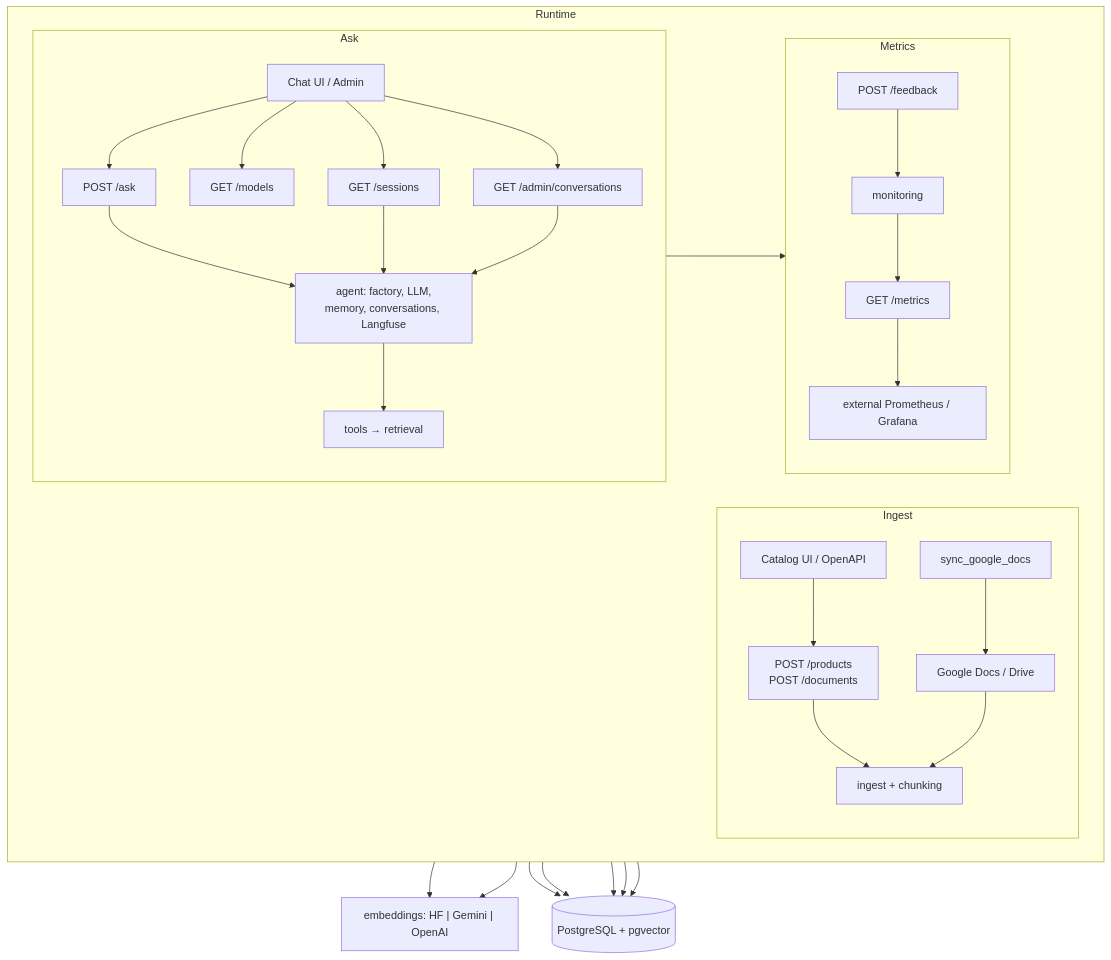
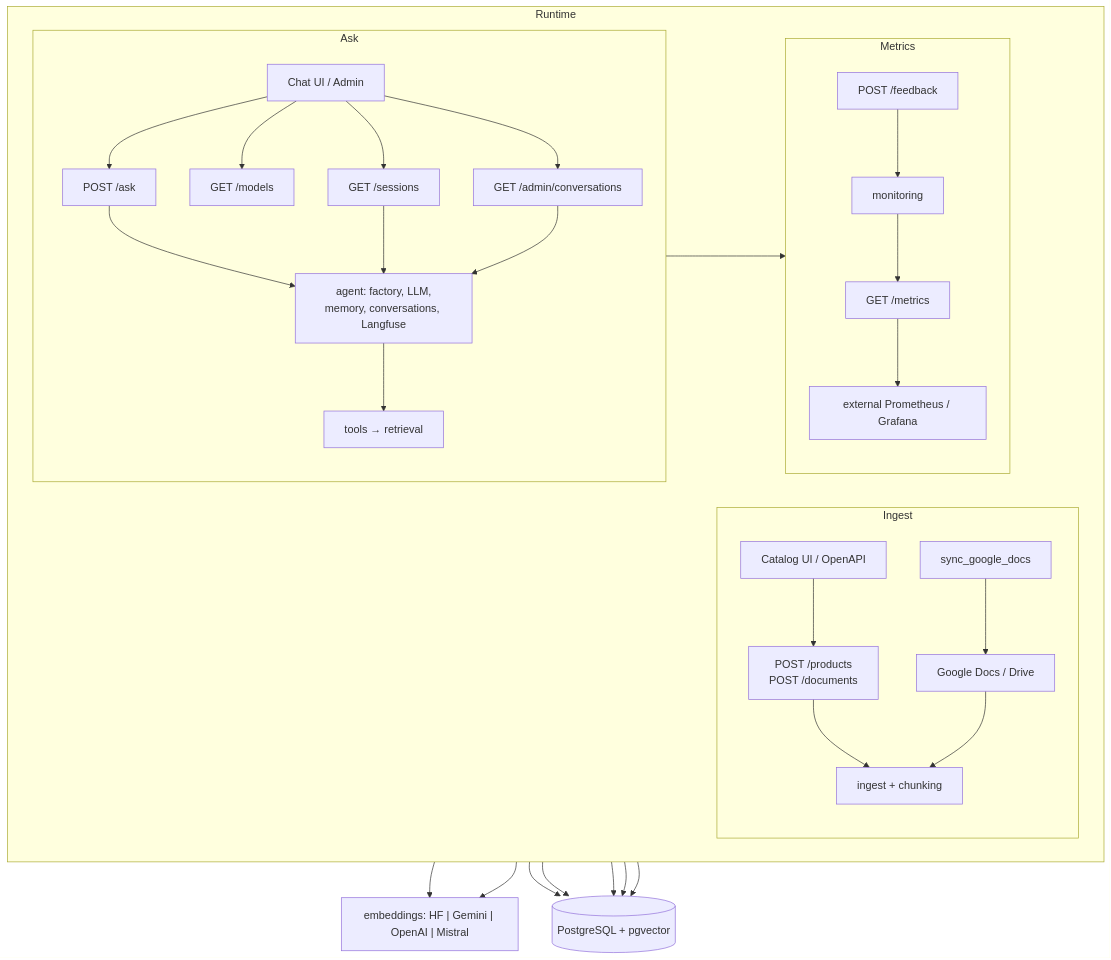
The second of 5 diagrams in architecture.md (JJTorresDS/knowledge-agent), drawn with Mermaid before and after one commit. The commit also changed other lines of this file and 11 other files, not shown here.

````diff
--- a/architecture.md
+++ b/architecture.md
@@ -80,54 +80,54 @@
 ```mermaid
 flowchart TB
     subgraph paths [Runtime]
         direction LR
 
         subgraph askPath [Ask]
             direction TB
             Chat["Chat UI / Admin"]
             Ask["POST /ask"]
             Models["GET /models"]
             Sessions["GET /sessions"]
             AdminList["GET /admin/conversations"]
             Agent["agent: factory, LLM,<br/>memory, conversations, Langfuse"]
             Tools["tools → retrieval"]
             Chat --> Ask --> Agent --> Tools
             Chat --> Models
             Chat --> Sessions --> Agent
             Chat --> AdminList --> Agent
         end
 
         subgraph ingestPath [Ingest]
             direction TB
             Src["Catalog UI / OpenAPI"]
             IngEP["POST /products<br/>POST /documents"]
             Ing["ingest + chunking"]
             Job["sync_google_docs"]
             GDocs["Google Docs / Drive"]
             Src --> IngEP --> Ing
             Job --> GDocs --> Ing
         end
 
         subgraph opsPath [Metrics]
             direction TB
             FB["POST /feedback"]
             Met["GET /metrics"]
             Mon["monitoring"]
             Obs["external Prometheus / Grafana"]
             FB --> Mon --> Met
             Met --> Obs
         end
     end
 
-    Emb["embeddings: HF | Gemini | OpenAI"]
+    Emb["embeddings: HF | Gemini | OpenAI | Mistral"]
     PG[(PostgreSQL + pgvector)]
 
     Ask --> Mon
     Tools --> Emb
     Ing --> Emb
     Agent --> PG
     Tools --> PG
     Ing --> PG
     Mon --> PG
     Obs --> PG
 ```
````
